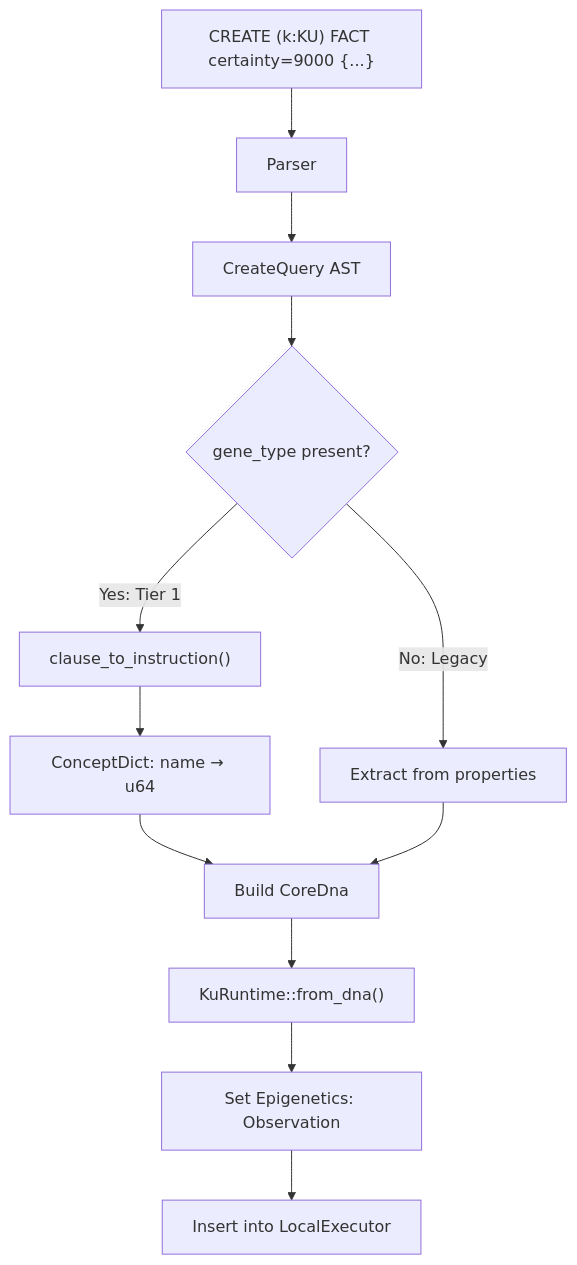
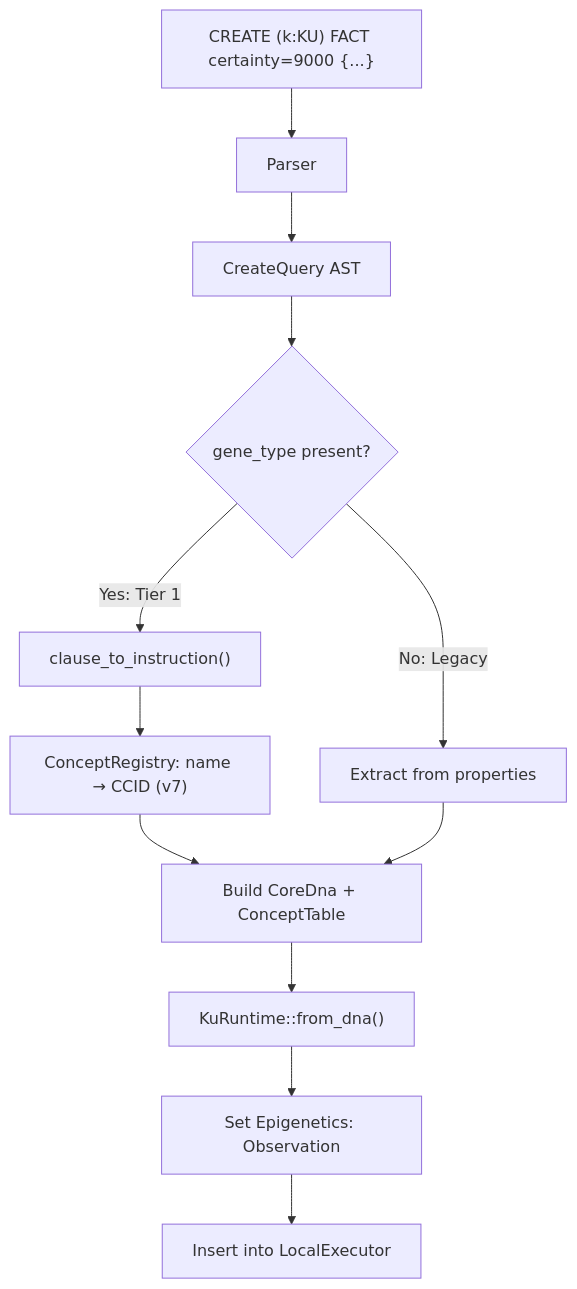
One commit to shpy2001gemi/OneBrain changed the first of 3 diagrams in docs/specs/KQL_SPEC.md. Above: the diagram before and after it, drawn with Mermaid. The commit also changed other lines of this file and 76 other files, not shown here.

````diff
--- a/docs/specs/KQL_SPEC.md
+++ b/docs/specs/KQL_SPEC.md
@@ -298,14 +307,14 @@
 ```mermaid
 flowchart TD
     A["CREATE (k:KU) FACT certainty=9000 {...}"] --> B[Parser]
     B --> C[CreateQuery AST]
     C --> D{"gene_type present?"}
     D -->|Yes: Tier 1| E["clause_to_instruction()"]
-    E --> F["ConceptDict: name → u64"]
-    F --> G["Build CoreDna"]
+    E --> F["ConceptRegistry: name → CCID (v7)"]
+    F --> G["Build CoreDna + ConceptTable"]
     G --> H["KuRuntime::from_dna()"]
     H --> I["Set Epigenetics: Observation"]
     I --> J["Insert into LocalExecutor"]
     D -->|No: Legacy| K["Extract from properties"]
     K --> G
 ```
````
